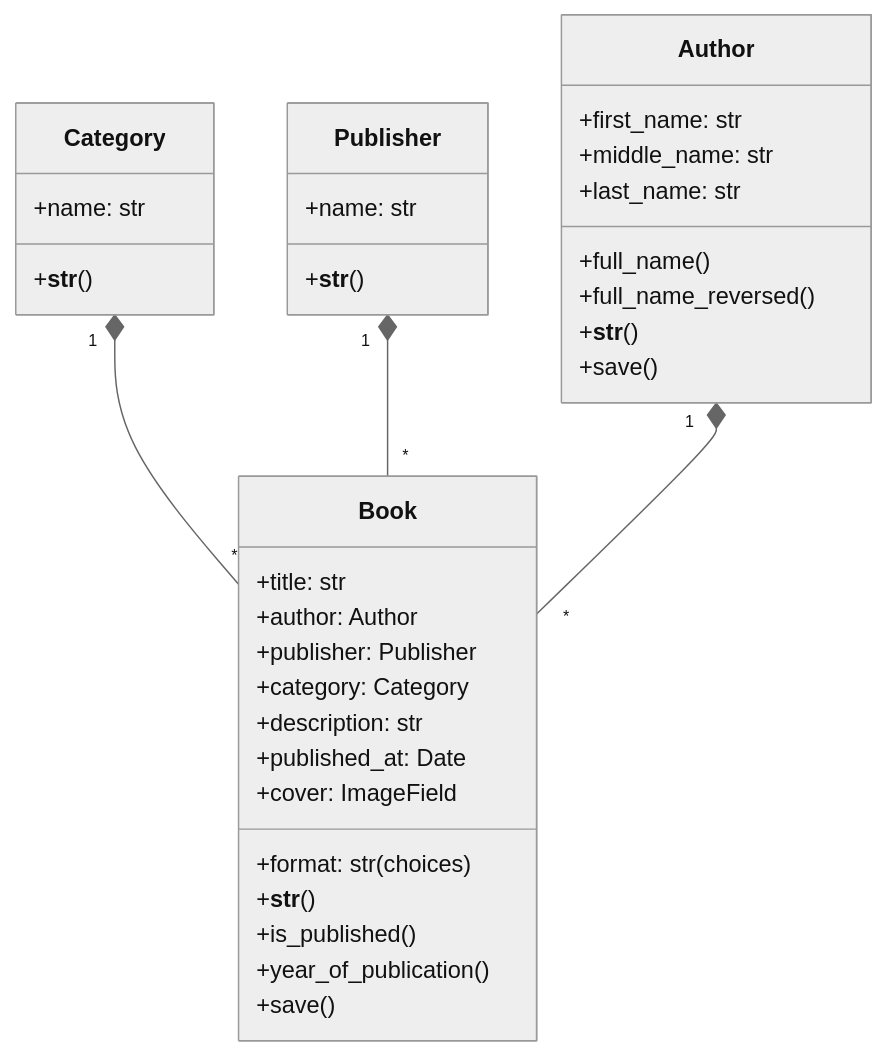
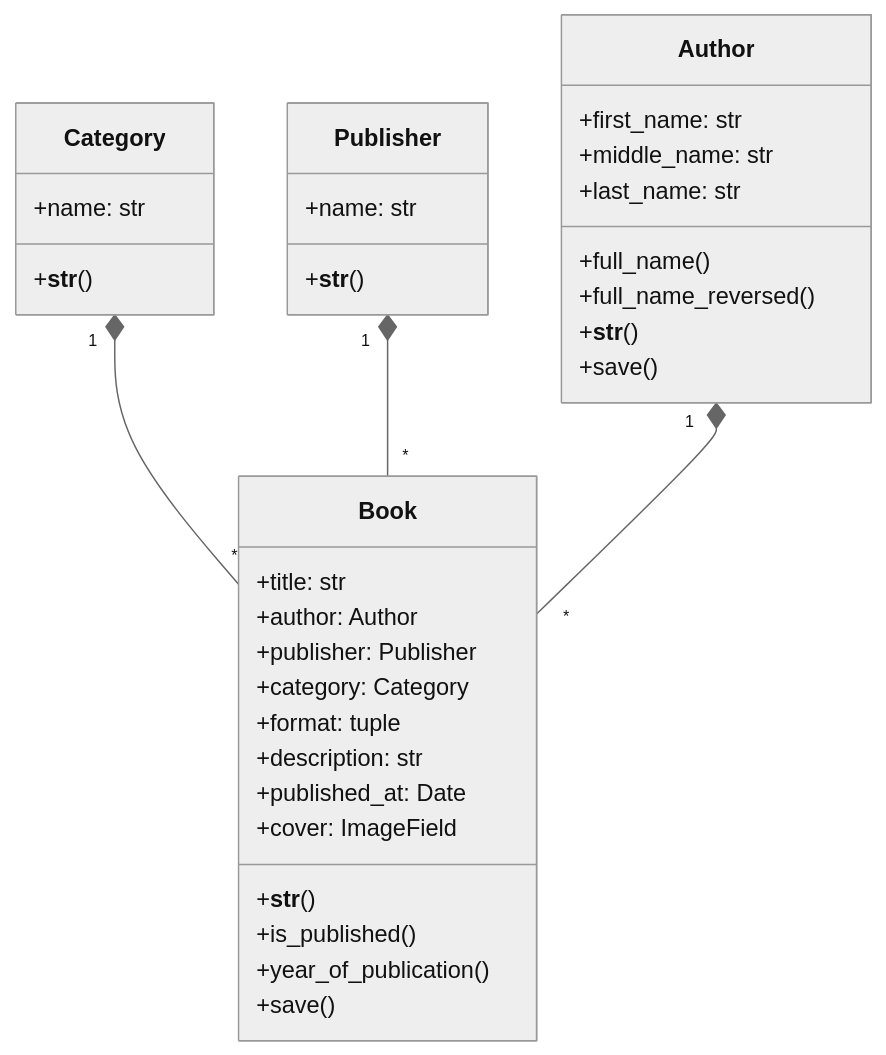
Before and after one commit to marketulinek/bookishop: the diagram in docs/models.md, drawn with Mermaid (neutral theme).

Commit message:
Change attribute format from "str (choices)" to "tuple" to have it treated as an attribute

````diff
--- a/docs/models.md
+++ b/docs/models.md
@@ -2,37 +2,37 @@
 ```mermaid
 classDiagram
     class Category{
       +name: str
       +__str__()
     }
     class Publisher{
       +name: str
       +__str__()
     }
     class Author{
       +first_name: str
       +middle_name: str
       +last_name: str
       +full_name()
       +full_name_reversed()
       +__str__()
       +save()
     }
     class Book{
       +title: str
       +author: Author
       +publisher: Publisher
       +category: Category
-      +format: str (choices)
+      +format: tuple
       +description: str
       +published_at: Date
       +cover: ImageField
       +__str__()
       +is_published()
       +year_of_publication()
       +save()
     }
     Category "1" *-- "*" Book
     Publisher "1" *-- "*" Book
     Author "1" *-- "*" Book
 ```
````
